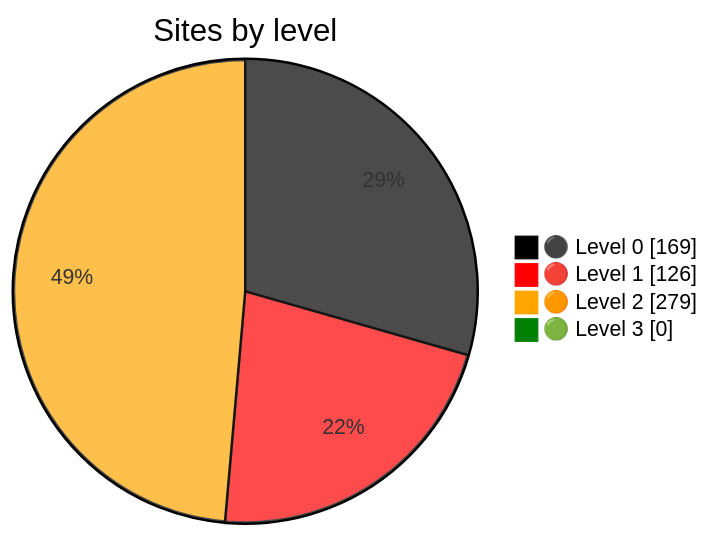
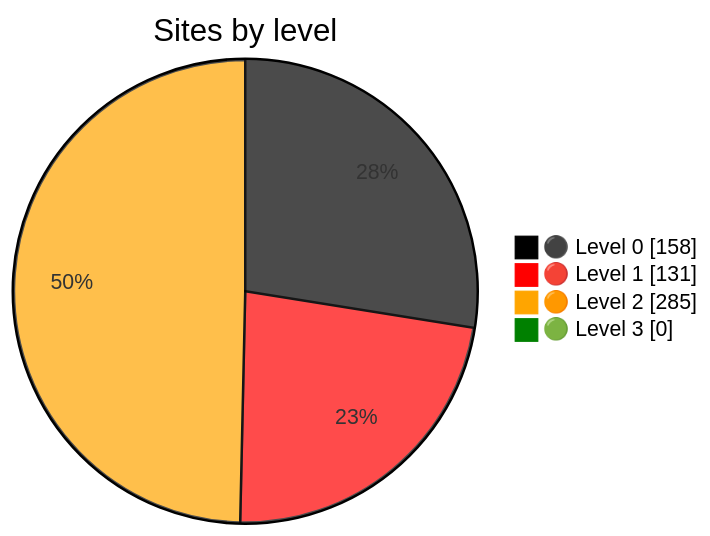
The diagram in README.md (Dushmilan/gov_lk_web_auditor), drawn with Mermaid before and after one commit. The commit also changed other lines of this file and 2597 other files, not shown here.

````diff
--- a/README.md
+++ b/README.md
@@ -24,9 +24,9 @@
 ```mermaid
 %%{init: {"themeVariables":{"pie1":"black","pie2":"red","pie3":"orange","pie4":"green"}}}%%
 pie showData
     title Sites by level
-    "⚫ Level 0" : 169
-    "🔴 Level 1" : 126
-    "🟠 Level 2" : 279
+    "⚫ Level 0" : 158
+    "🔴 Level 1" : 131
+    "🟠 Level 2" : 285
     "🟢 Level 3" : 0
 ```
````
